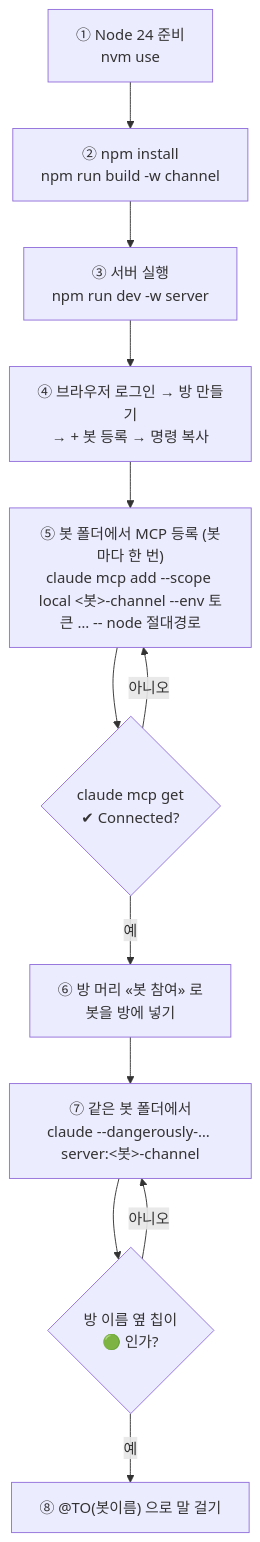
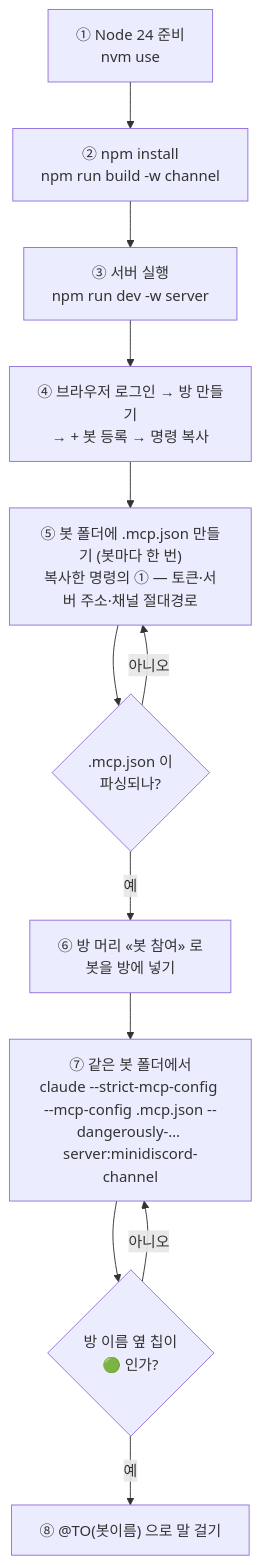
Diagram 13 of 13 in README.md (bjw202/minidiscord), drawn with Mermaid before and after one commit. The commit also changed other lines of this file and 4 other files, not shown here.

First line of the commit message:
docs(bots): 봇 등록 안내를 «봇 폴더 .mcp.json + --strict-mcp-config --mcp-config» 하나로 통일 — 서버 이름 minidiscord-channel 고정

````diff
--- a/README.md
+++ b/README.md
@@ -370,14 +370,14 @@
 ```mermaid
 flowchart TD
     A["① Node 24 준비<br/>nvm use"] --> B["② npm install<br/>npm run build -w channel"]
     B --> C["③ 서버 실행<br/>npm run dev -w server"]
     C --> D["④ 브라우저 로그인 → 방 만들기<br/>→ + 봇 등록 → 명령 복사"]
-    D --> E["⑤ 봇 폴더에서 MCP 등록 (봇마다 한 번)<br/>claude mcp add --scope local <봇>-channel --env 토큰 … -- node 절대경로"]
-    E --> F{"claude mcp get<br/>✔ Connected?"}
+    D --> E["⑤ 봇 폴더에 .mcp.json 만들기 (봇마다 한 번)<br/>복사한 명령의 ① — 토큰·서버 주소·채널 절대경로"]
+    E --> F{".mcp.json 이<br/>파싱되나?"}
     F -->|"아니오"| E
     F -->|"예"| G["⑥ 방 머리 «봇 참여» 로<br/>봇을 방에 넣기"]
-    G --> H["⑦ 같은 봇 폴더에서<br/>claude --dangerously-… server:<봇>-channel"]
+    G --> H["⑦ 같은 봇 폴더에서<br/>claude --strict-mcp-config --mcp-config .mcp.json --dangerously-… server:minidiscord-channel"]
     H --> I{"방 이름 옆 칩이<br/>🟢 인가?"}
     I -->|"아니오"| H
     I -->|"예"| J["⑧ @TO(봇이름) 으로 말 걸기"]
 ```
````
